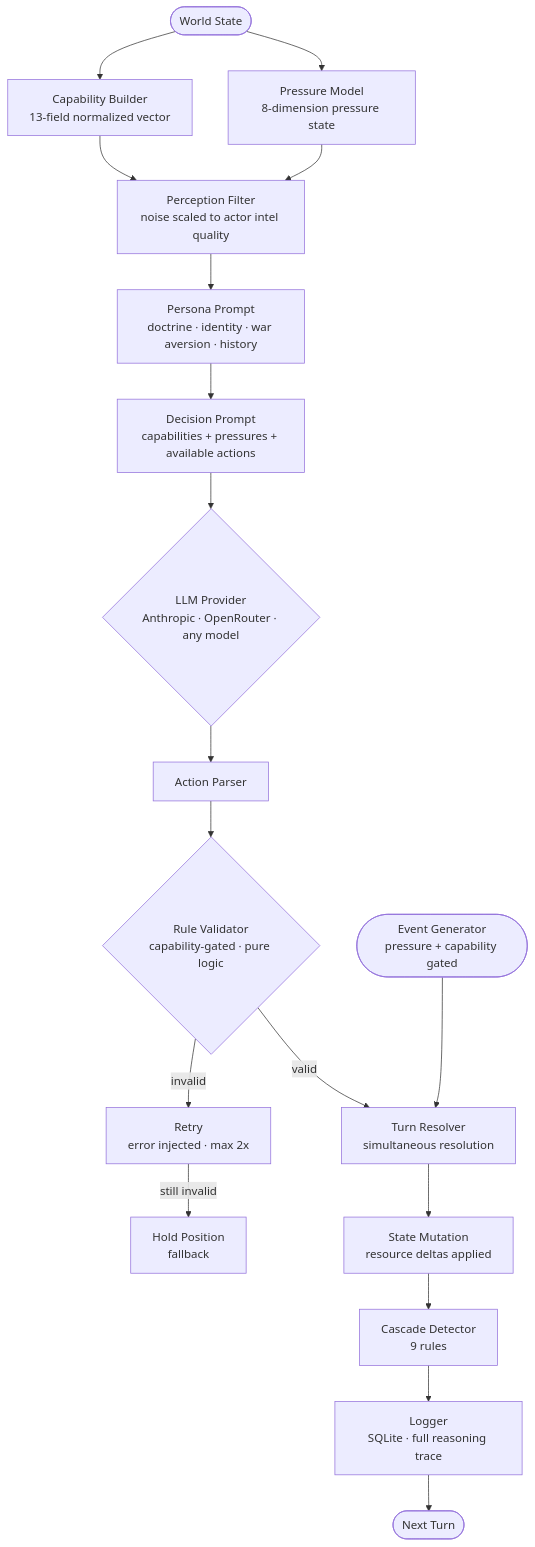
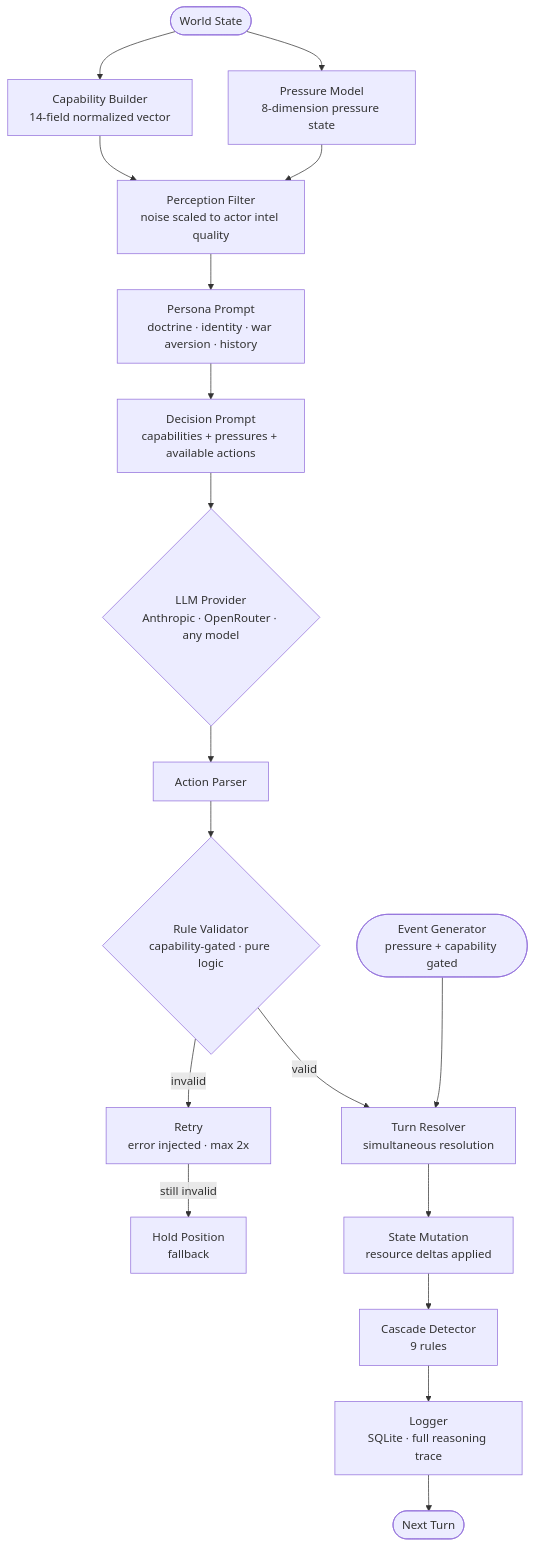
The first of 3 diagrams in README.md (DanielreshGithub/OSE), drawn with Mermaid before and after one commit. The commit also changed other lines of this file and 9 other files, not shown here.

First line of the commit message:
fix: consolidate CapabilityVector, add prompt modes, improve model compatibility, update README

````diff
--- a/README.md
+++ b/README.md
@@ -87,20 +109,20 @@
 ```mermaid
 flowchart TD
-    WS([World State]) --> CAP[Capability Builder\n13-field normalized vector]
+    WS([World State]) --> CAP[Capability Builder\n14-field normalized vector]
     WS --> PRES[Pressure Model\n8-dimension pressure state]
     CAP --> PF[Perception Filter\nnoise scaled to actor intel quality]
     PRES --> PF
     PF --> PP[Persona Prompt\ndoctrine · identity · war aversion · history]
     PP --> DP[Decision Prompt\ncapabilities + pressures + available actions]
     DP --> LLM{LLM Provider\nAnthropic · OpenRouter · any model}
     LLM --> AP[Action Parser]
     AP --> V{Rule Validator\ncapability-gated · pure logic}
     V -->|valid| TR[Turn Resolver\nsimultaneous resolution]
     V -->|invalid| RT[Retry\nerror injected · max 2x]
     RT -->|still invalid| FB[Hold Position\nfallback]
     TR --> MUT[State Mutation\nresource deltas applied]
     MUT --> CD[Cascade Detector\n9 rules]
     CD --> LOG[Logger\nSQLite · full reasoning trace]
     LOG --> NEXT([Next Turn])
     EG([Event Generator\npressure + capability gated]) --> TR
 ```
````
